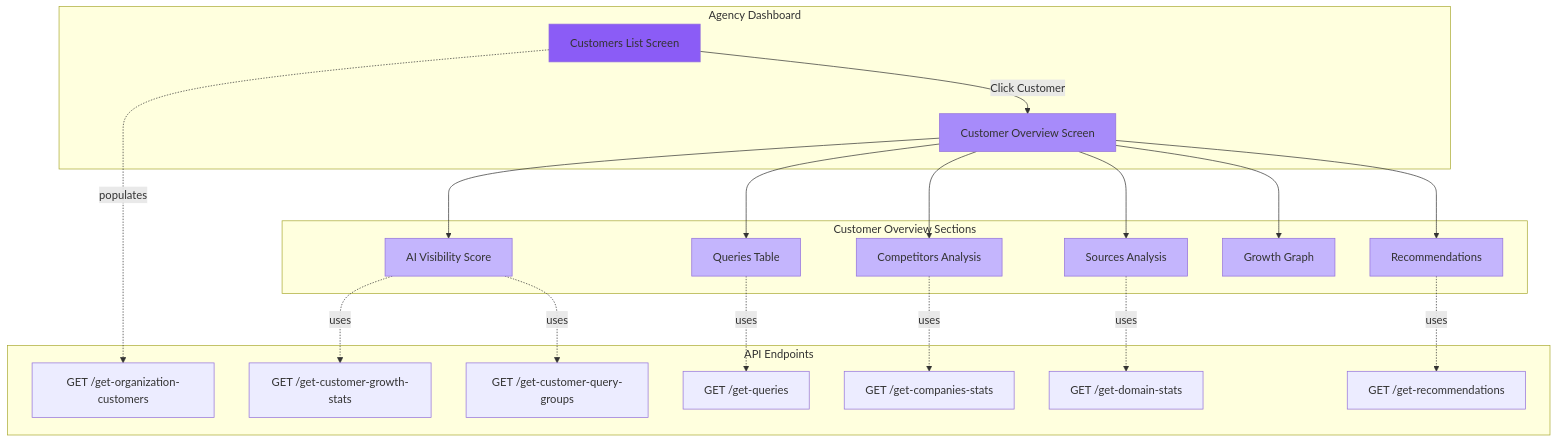
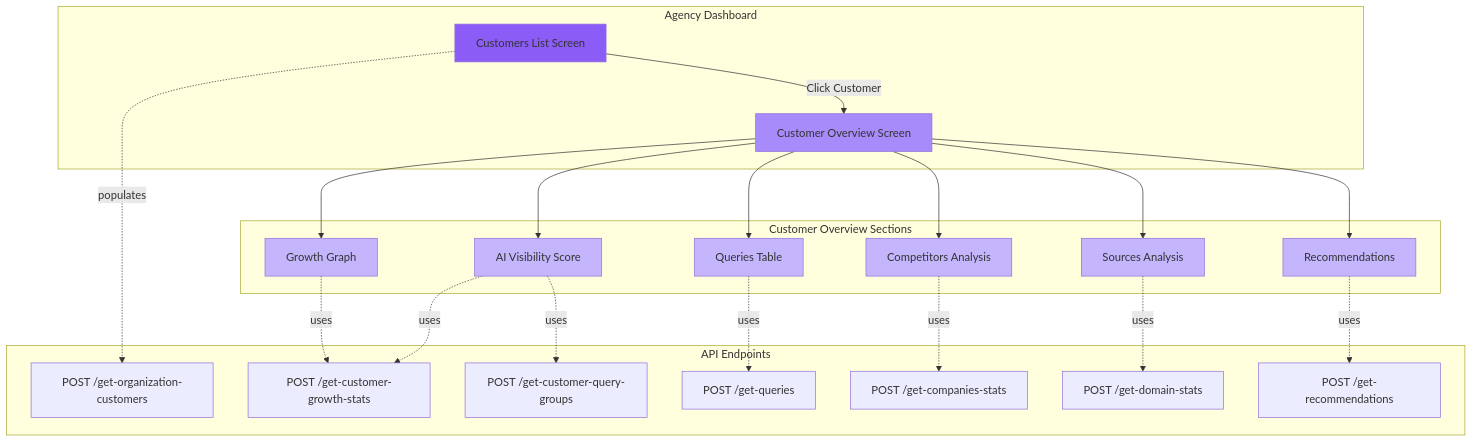
Before and after one commit to pelegaran/docs: the diagram in use-cases/agency-dashboard.mdx, drawn with Mermaid. The commit also changed other lines of this file, not shown here.

````diff
--- a/use-cases/agency-dashboard.mdx
+++ b/use-cases/agency-dashboard.mdx
@@ -12,43 +207,44 @@
 ```mermaid
 graph TB
     subgraph "Agency Dashboard"
         A[Customers List Screen] 
         A -->|Click Customer| B[Customer Overview Screen]
     end
     
     subgraph "Customer Overview Sections"
         B --> C[AI Visibility Score]
         B --> D[Competitors Analysis]
         B --> E[Queries Table]
         B --> F[Sources Analysis]
         B --> G[Growth Graph]
         B --> H[Recommendations]
     end
     
     subgraph "API Endpoints"
-        I["GET /get-organization-customers"]
-        J["GET /get-customer-growth-stats"]
-        K["GET /get-customer-query-groups"]
-        L["GET /get-queries"]
-        M["GET /get-companies-stats"]
-        N["GET /get-domain-stats"]
-        O["GET /get-recommendations"]
+        I["POST /get-organization-customers"]
+        J["POST /get-customer-growth-stats"]
+        K["POST /get-customer-query-groups"]
+        L["POST /get-queries"]
+        M["POST /get-companies-stats"]
+        N["POST /get-domain-stats"]
+        O["POST /get-recommendations"]
     end
     
     A -.->|populates| I
     C -.->|uses| J
     C -.->|uses| K
     E -.->|uses| L
     D -.->|uses| M
     F -.->|uses| N
     H -.->|uses| O
+    G -.->|uses| J
     
     style A fill:#8B5CF6
     style B fill:#A78BFA
     style C fill:#C4B5FD
     style D fill:#C4B5FD
     style E fill:#C4B5FD
     style F fill:#C4B5FD
     style G fill:#C4B5FD
     style H fill:#C4B5FD
 ```
````
